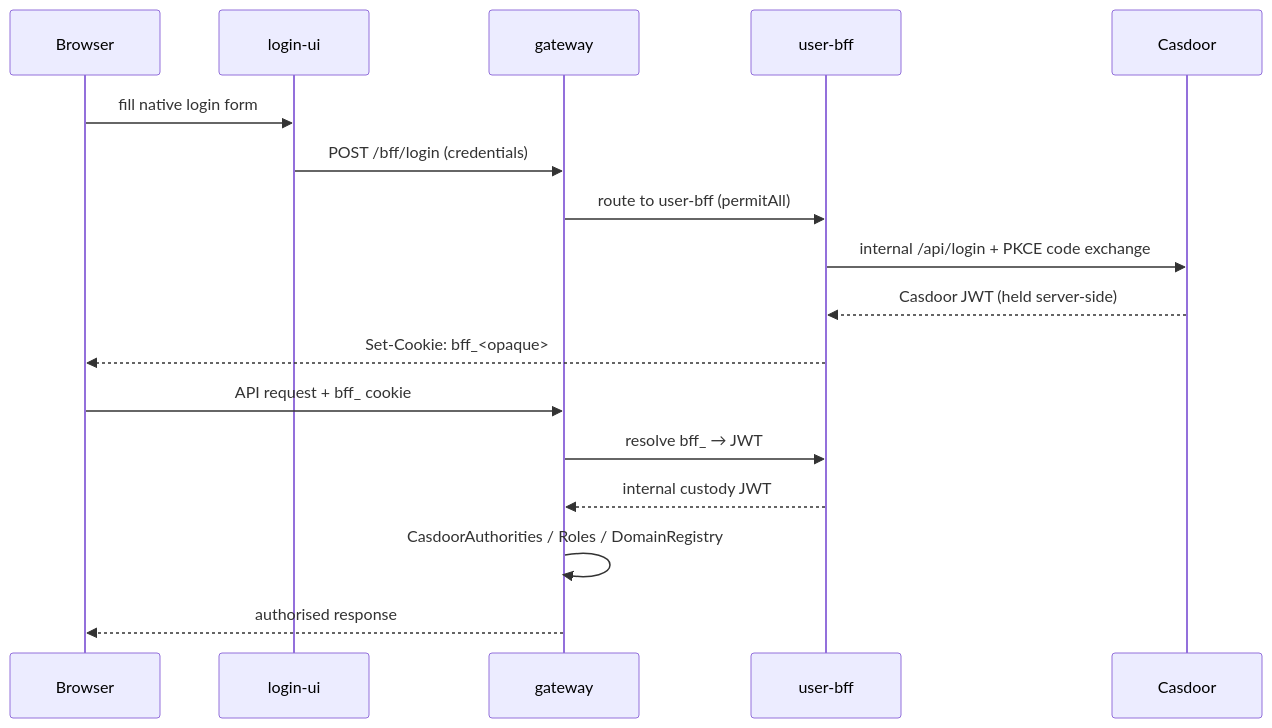
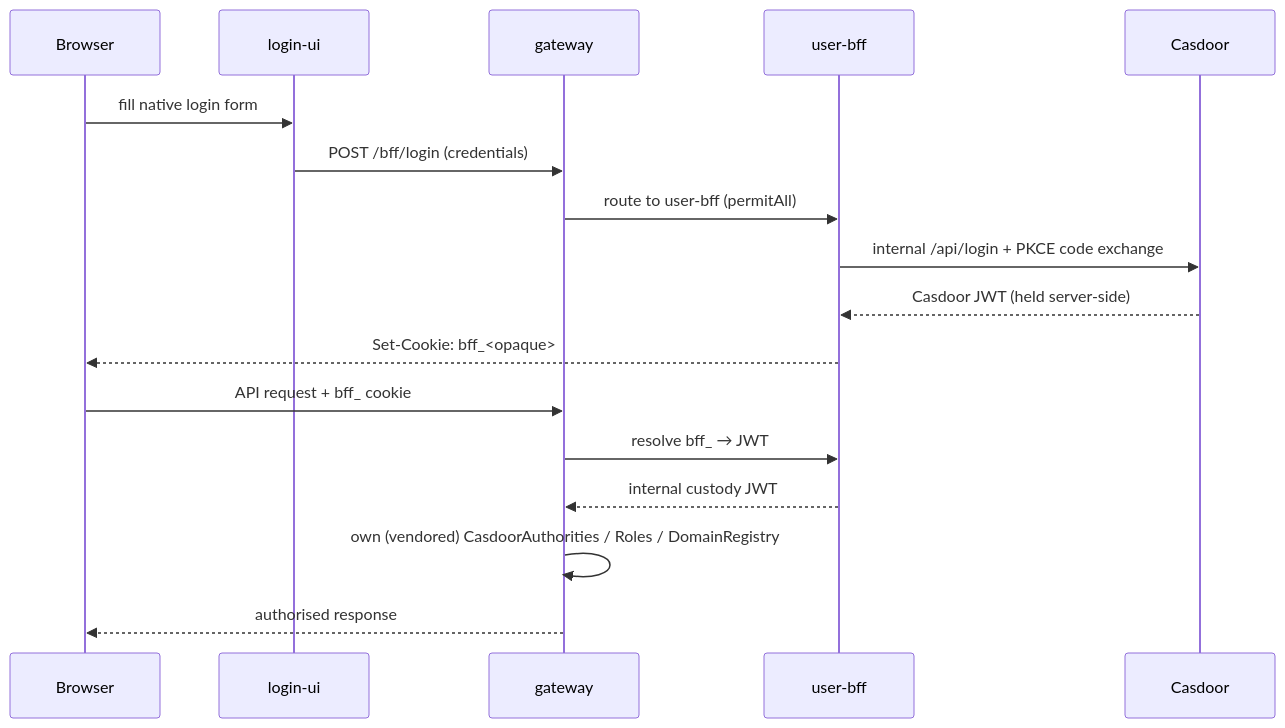
The second of 2 diagrams in README.md (hugmesh/hugmesh-commons), drawn with Mermaid before and after one commit. The commit also changed other lines of this file and 1 other file, not shown here.

````diff
--- a/README.md
+++ b/README.md
@@ -213,20 +225,20 @@
   ```mermaid
   sequenceDiagram
       participant Browser
       participant login-ui
       participant gateway
       participant user-bff
       participant Casdoor
 
       Browser->>login-ui: fill native login form
       login-ui->>gateway: POST /bff/login (credentials)
       gateway->>user-bff: route to user-bff (permitAll)
       user-bff->>Casdoor: internal /api/login + PKCE code exchange
       Casdoor-->>user-bff: Casdoor JWT (held server-side)
       user-bff-->>Browser: Set-Cookie: bff_<opaque>
       Browser->>gateway: API request + bff_ cookie
       gateway->>user-bff: resolve bff_ → JWT
       user-bff-->>gateway: internal custody JWT
-      gateway->>gateway: CasdoorAuthorities / Roles / DomainRegistry
+      gateway->>gateway: own (vendored) CasdoorAuthorities / Roles / DomainRegistry
       gateway-->>Browser: authorised response
   ```
````
